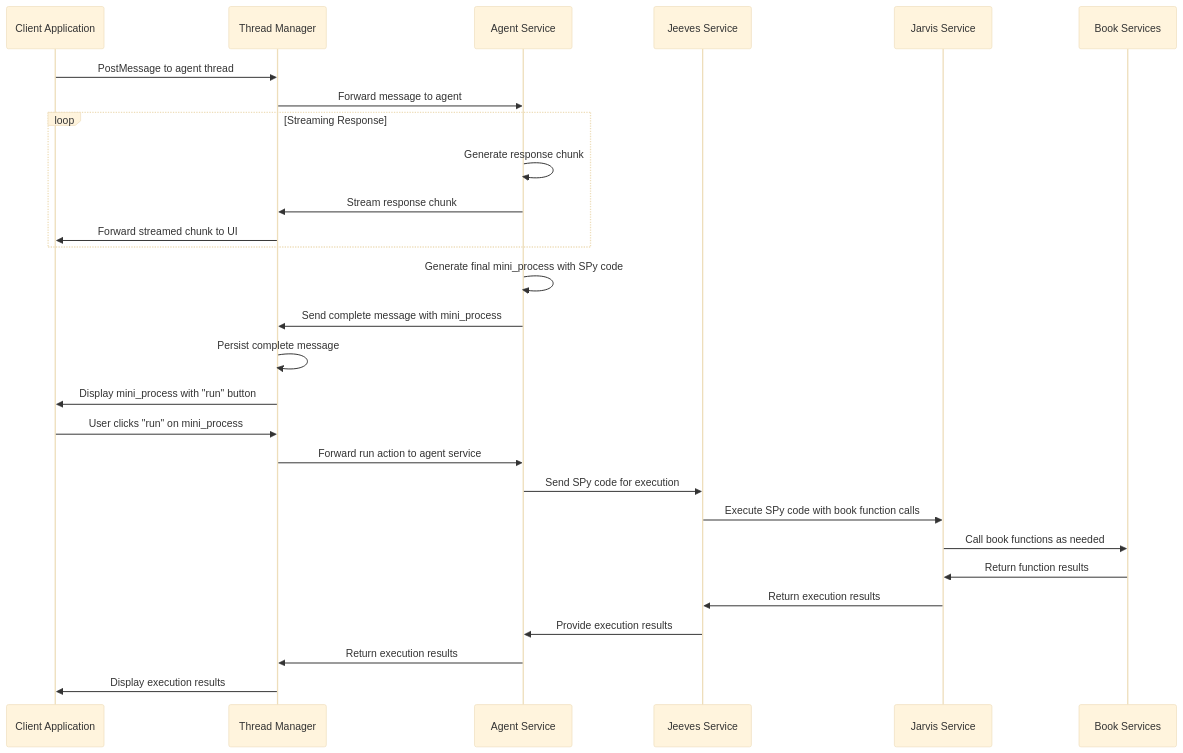
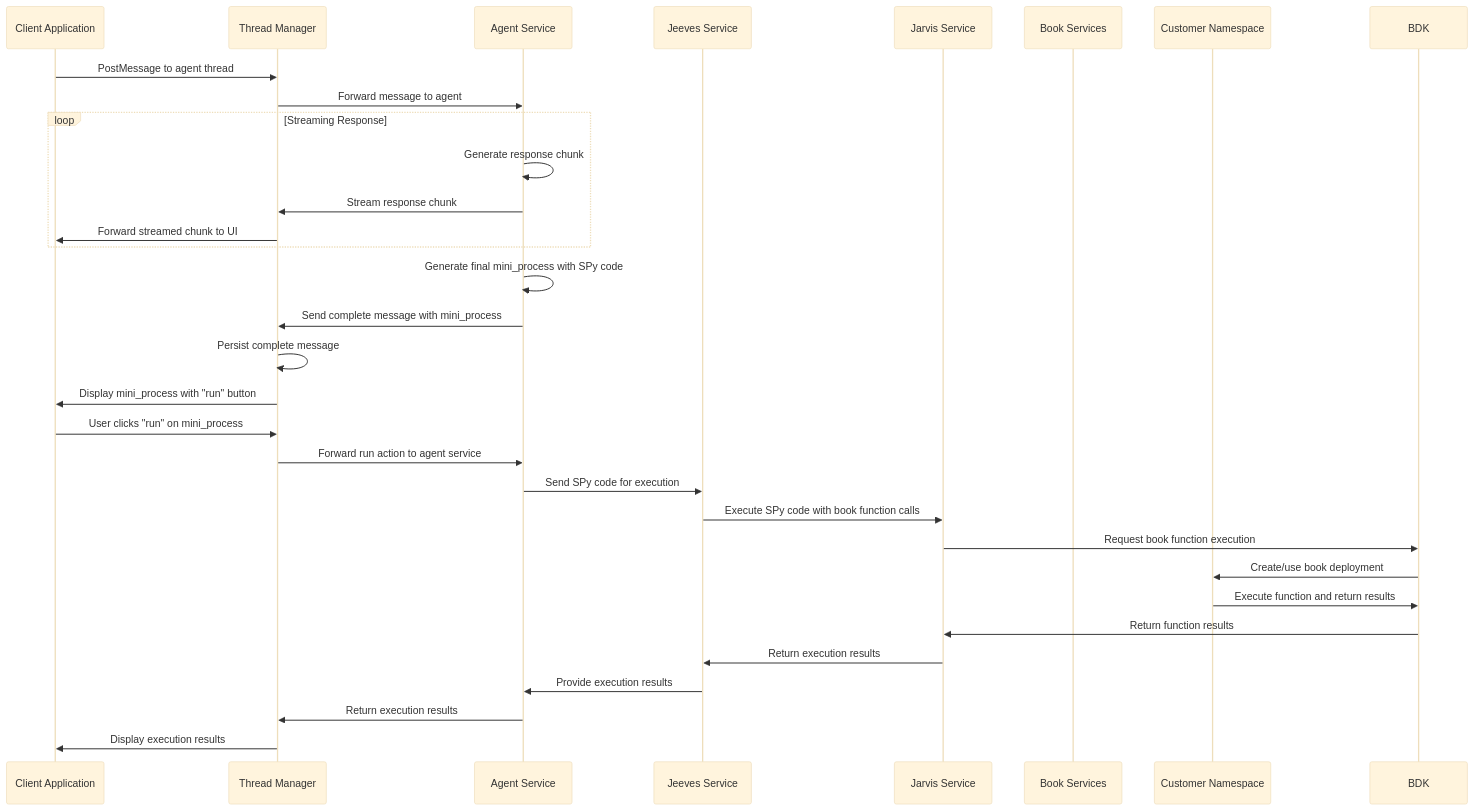
Before and after one commit to 3miliano/voyager-architecture: the second of 2 diagrams in docs/chat-agent-services/agent-service.md, drawn with Mermaid (base theme). The commit also changed other lines of this file, not shown here.

First line of the commit message:
Fix remaining book_instance_id references in REST API examples

````diff
--- a/docs/chat-agent-services/agent-service.md
+++ b/docs/chat-agent-services/agent-service.md
@@ -149,34 +149,37 @@
 ```mermaid
 sequenceDiagram
     participant Client as Client Application
     participant ThreadMgr as Thread Manager
     participant AgentSvc as Agent Service
     participant Jeeves as Jeeves Service
     participant Jarvis as Jarvis Service
     participant Books as Book Services
+    participant CustomerNS as Customer Namespace
 
     Client->>ThreadMgr: PostMessage to agent thread
     ThreadMgr->>AgentSvc: Forward message to agent
     
     loop Streaming Response
         AgentSvc->>AgentSvc: Generate response chunk
         AgentSvc->>ThreadMgr: Stream response chunk
         ThreadMgr->>Client: Forward streamed chunk to UI
     end
     
     AgentSvc->>AgentSvc: Generate final mini_process with SPy code
     AgentSvc->>ThreadMgr: Send complete message with mini_process
     ThreadMgr->>ThreadMgr: Persist complete message
     ThreadMgr->>Client: Display mini_process with "run" button
     
     Client->>ThreadMgr: User clicks "run" on mini_process
     ThreadMgr->>AgentSvc: Forward run action to agent service
     AgentSvc->>Jeeves: Send SPy code for execution
     Jeeves->>Jarvis: Execute SPy code with book function calls
-    Jarvis->>Books: Call book functions as needed
-    Books->>Jarvis: Return function results
+    Jarvis->>BDK: Request book function execution
+    BDK->>CustomerNS: Create/use book deployment
+    CustomerNS->>BDK: Execute function and return results
+    BDK->>Jarvis: Return function results
     Jarvis->>Jeeves: Return execution results
     Jeeves->>AgentSvc: Provide execution results
     AgentSvc->>ThreadMgr: Return execution results
     ThreadMgr->>Client: Display execution results
 ```
````
